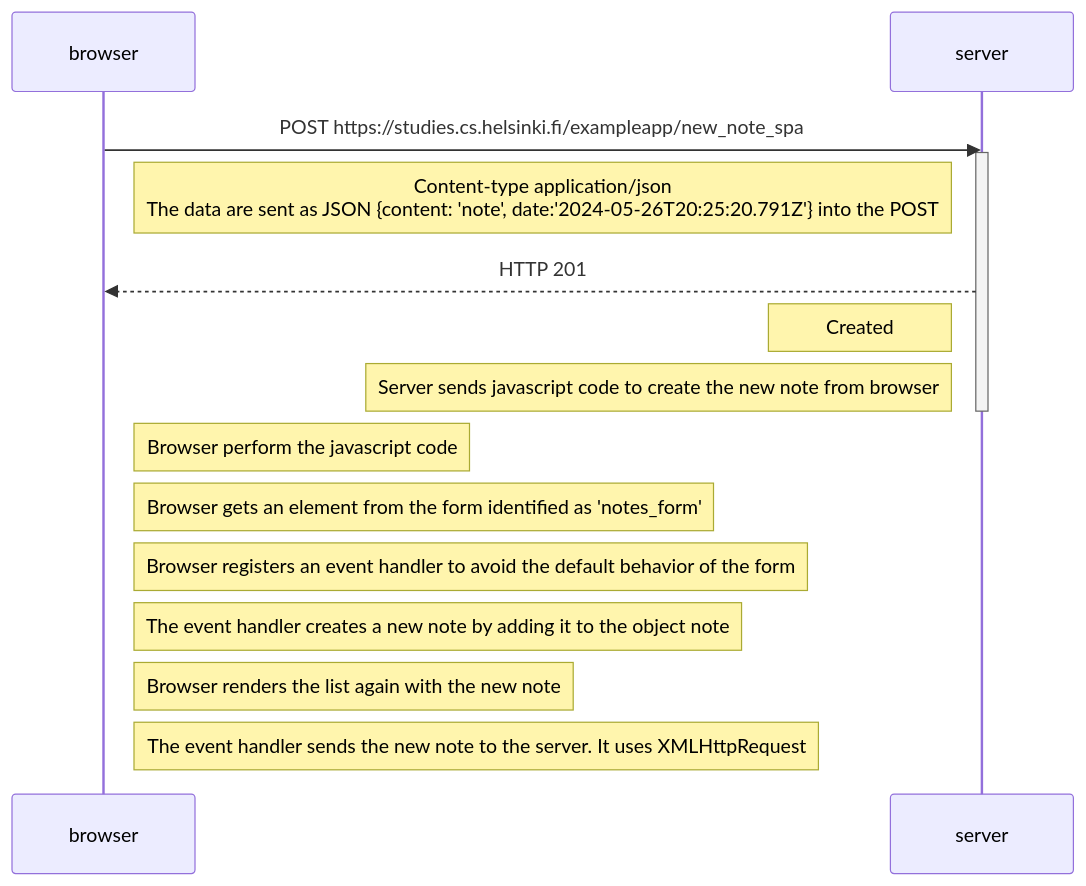
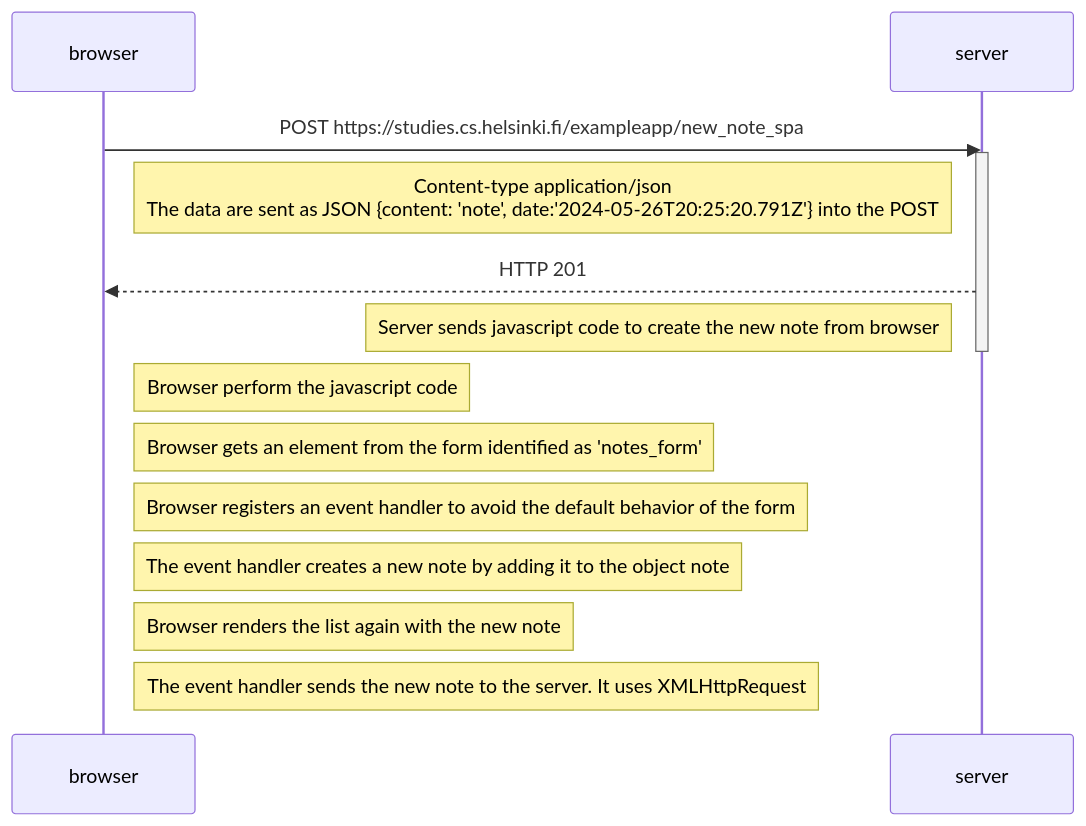
The diagram in part0/0.6/0.6.md (PeraSoluciones/fullstackopen), drawn with Mermaid before and after one commit.

````diff
--- a/part0/0.6/0.6.md
+++ b/part0/0.6/0.6.md
@@ -1,22 +1,21 @@
 ```mermaid
 sequenceDiagram
     participant browser
     participant server
 
     browser->>server: POST https://studies.cs.helsinki.fi/exampleapp/new_note_spa
     activate server
     Note right of browser: Content-type application/json<br />The data are sent as JSON {content: 'note', date:'2024-05-26T20:25:20.791Z'} into the POST
  
     server-->>browser: HTTP 201
   
-    Note left of server: Created
     Note left of server: Server sends javascript code to create the new note from browser
     deactivate server
   
     Note right of browser: Browser perform the javascript code
     Note right of browser: Browser gets an element from the form identified as 'notes_form'
     Note right of browser: Browser registers an event handler to avoid the default behavior of the form 
     Note right of browser: The event handler creates a new note by adding it to the object note
     Note right of browser: Browser renders the list again with the new note
     Note right of browser: The event handler sends the new note to the server. It uses XMLHttpRequest
 ```
````
